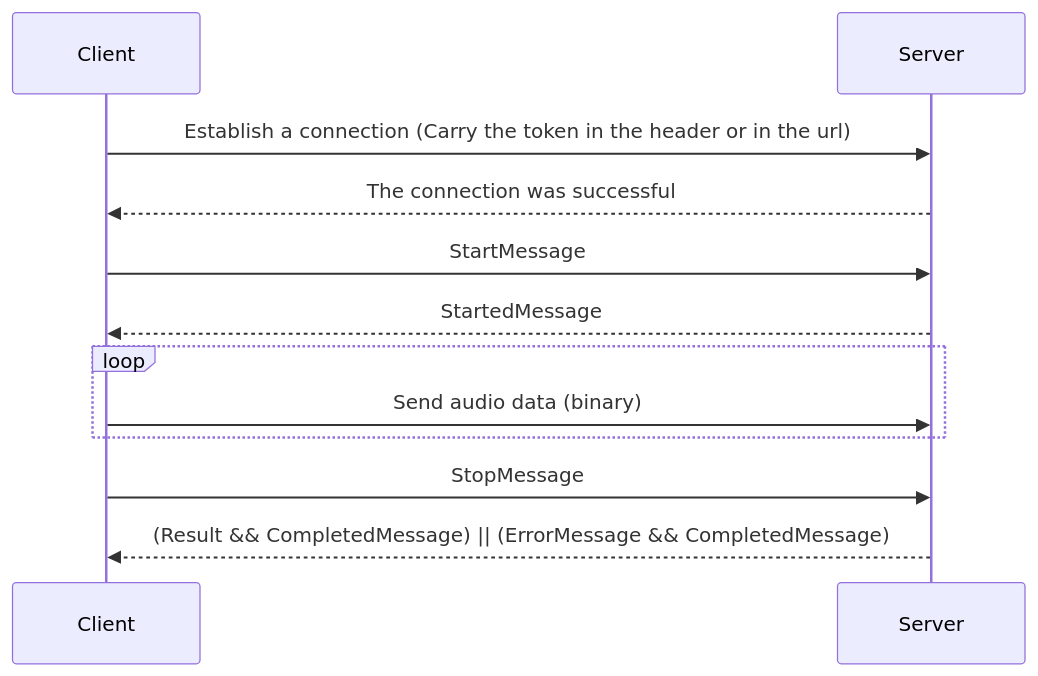
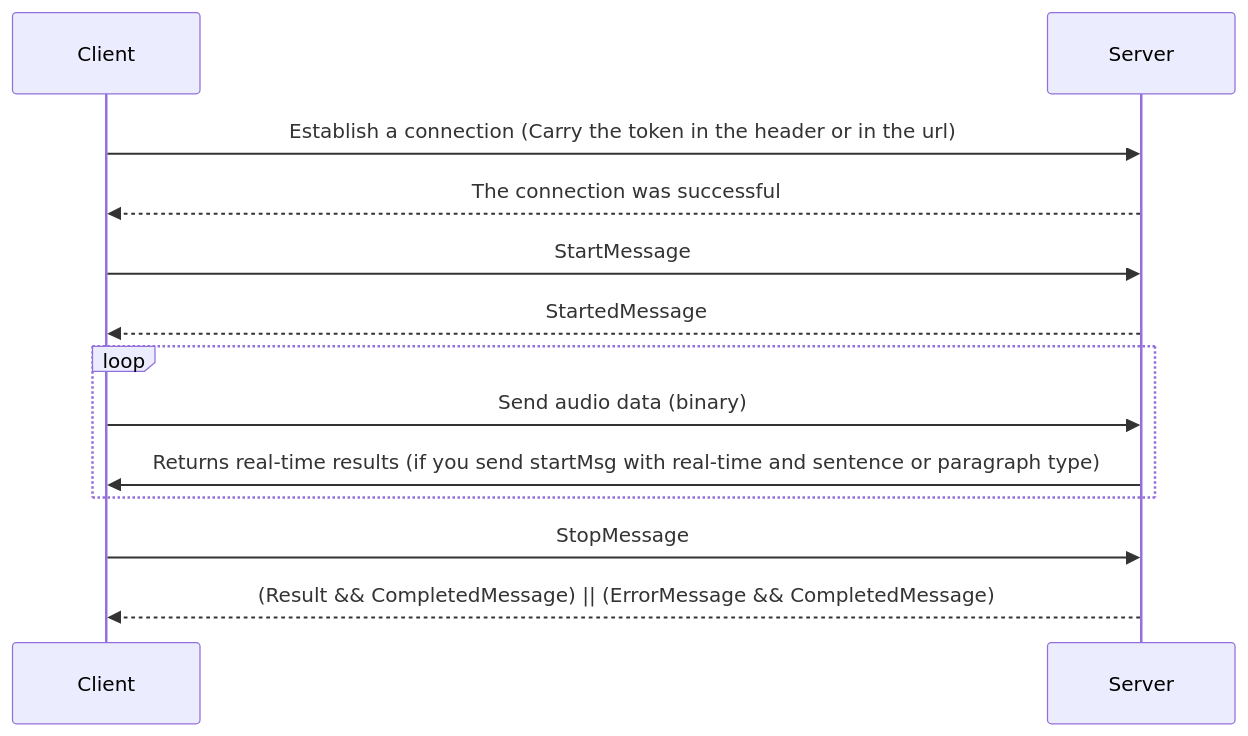
Before and after one commit to KevinKaul/KevinKaul.github.io: the diagram in content/setup/usage/ws.md, drawn with Mermaid. The commit also changed other lines of this file and 20 other files, not shown here.

```diff
--- a/content/setup/usage/ws.md
+++ b/content/setup/usage/ws.md
@@ -8,12 +8,13 @@
 {{< mermaid >}}
 sequenceDiagram
 Client->>Server: Establish a connection (Carry the token in the header or in the url)
 Server-->>Client: The connection was successful
 Client->>Server: StartMessage
 Server-->>Client: StartedMessage
 loop 
 Client->>Server: Send audio data (binary)
+Server->>Client: Returns real-time results (if you send startMsg with real-time and sentence or paragraph type)
 end
 Client->>Server: StopMessage
 Server-->>Client:  (Result &&  CompletedMessage) ||  (ErrorMessage &&  CompletedMessage)
 {{< /mermaid >}}
```
